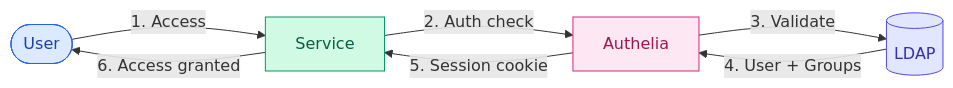
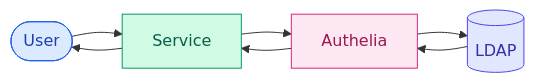
The third of 4 diagrams in docs-site/src/content/docs/guides/ldap.mdx (Mykyta-Home-Server/homeserver), drawn with Mermaid before and after one commit. The commit also changed other lines of this file and 2 other files, not shown here.

First line of the commit message:
Refine Mermaid diagrams: compact layouts and remove labels

````diff
--- a/docs-site/src/content/docs/guides/ldap.mdx
+++ b/docs-site/src/content/docs/guides/ldap.mdx
@@ -151,19 +148,19 @@
 ```mermaid
 flowchart LR
-    User([User]) -->|1. Access| Service[Service]
-    Service -->|2. Auth check| Authelia[Authelia]
-    Authelia -->|3. Validate| LDAP[(LDAP)]
-    LDAP -->|4. User + Groups| Authelia
-    Authelia -->|5. Session cookie| Service
-    Service -->|6. Access granted| User
+    User([User]) --> Service[Service]
+    Service --> Authelia[Authelia]
+    Authelia --> LDAP[(LDAP)]
+    LDAP --> Authelia
+    Authelia --> Service
+    Service --> User
 
     classDef user fill:#dbeafe,stroke:#2563eb,color:#1e40af
     classDef svc fill:#d1fae5,stroke:#059669,color:#065f46
     classDef auth fill:#fce7f3,stroke:#db2777,color:#9d174d
     classDef ldap fill:#e0e7ff,stroke:#4f46e5,color:#3730a3
 
     class User user
     class Service svc
     class Authelia auth
     class LDAP ldap
 ```
````
